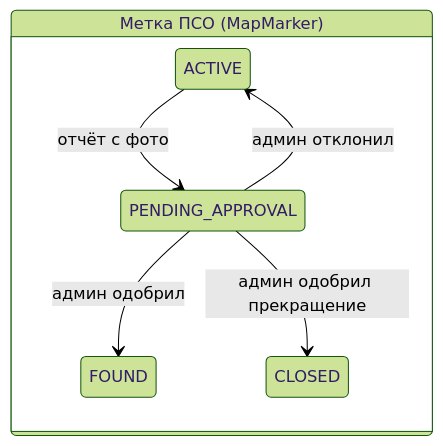
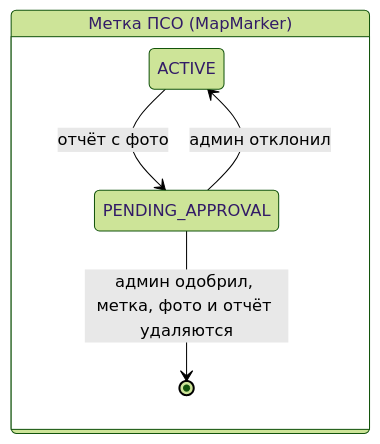
Before and after one commit to c1nqe/VolontiersDSTU: the fourth of 4 diagrams in README.md, drawn with Mermaid (forest theme). The commit also changed other lines of this file and 33 other files, not shown here.

````diff
--- a/README.md
+++ b/README.md
@@ -174,10 +176,9 @@
 ```mermaid
 stateDiagram-v2
   direction LR
   state "Метка ПСО (MapMarker)" as M {
     ACTIVE --> PENDING_APPROVAL: отчёт с фото
-    PENDING_APPROVAL --> FOUND: админ одобрил
-    PENDING_APPROVAL --> CLOSED: админ одобрил прекращение
+    PENDING_APPROVAL --> [*]: админ одобрил, метка, фото и отчёт удаляются
     PENDING_APPROVAL --> ACTIVE: админ отклонил
   }
 ```
````
